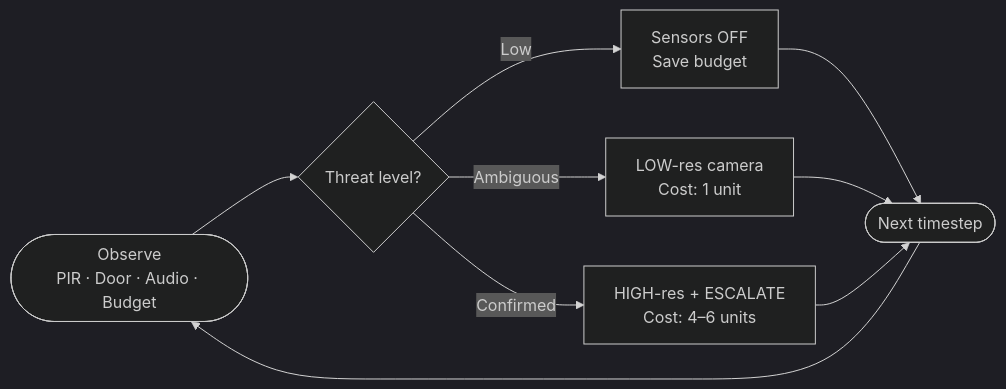
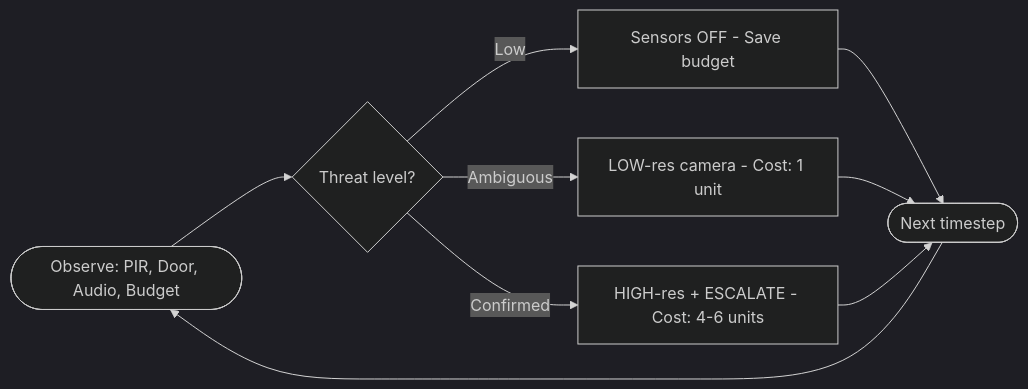
The first of 3 diagrams in _papers/2026-03-13-privacy-guard.md (mohammed840/mohammed840.github.io), drawn with Mermaid (dark theme) before and after one commit. The commit also changed other lines of this file and 1 other file, not shown here.

Commit message:
Fix paper: correct mermaid syntax errors, remove bullet points from header lists

```diff
--- a/_papers/2026-03-13-privacy-guard.md
+++ b/_papers/2026-03-13-privacy-guard.md
@@ -104,11 +104,11 @@
 <div class="mermaid">
 graph LR
-    A([Observe\nPIR · Door · Audio · Budget]) --> B{Threat level?}
-    B -- Low --> C[Sensors OFF\nSave budget]
-    B -- Ambiguous --> D[LOW-res camera\nCost: 1 unit]
-    B -- Confirmed --> E[HIGH-res + ESCALATE\nCost: 4–6 units]
-    C --> F([Next timestep])
+    A(["Observe: PIR, Door, Audio, Budget"]) --> B{"Threat level?"}
+    B -- Low --> C["Sensors OFF - Save budget"]
+    B -- Ambiguous --> D["LOW-res camera - Cost: 1 unit"]
+    B -- Confirmed --> E["HIGH-res + ESCALATE - Cost: 4-6 units"]
+    C --> F(["Next timestep"])
     D --> F
     E --> F
     F --> A
 </div>
```
